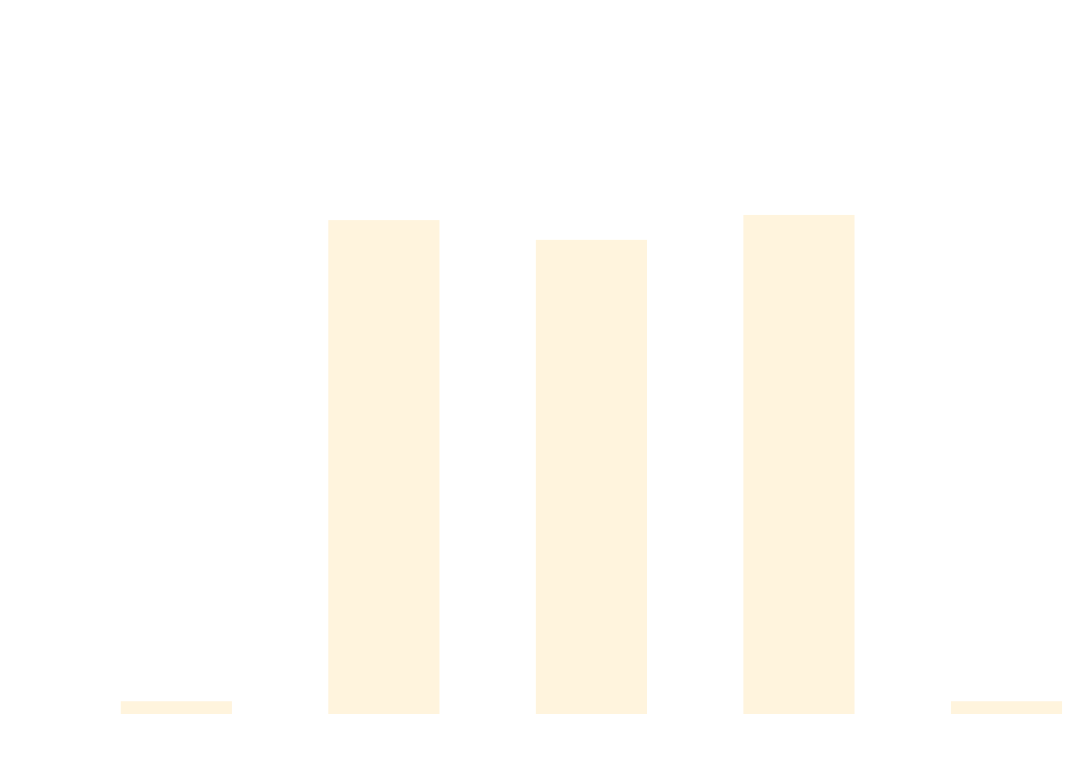
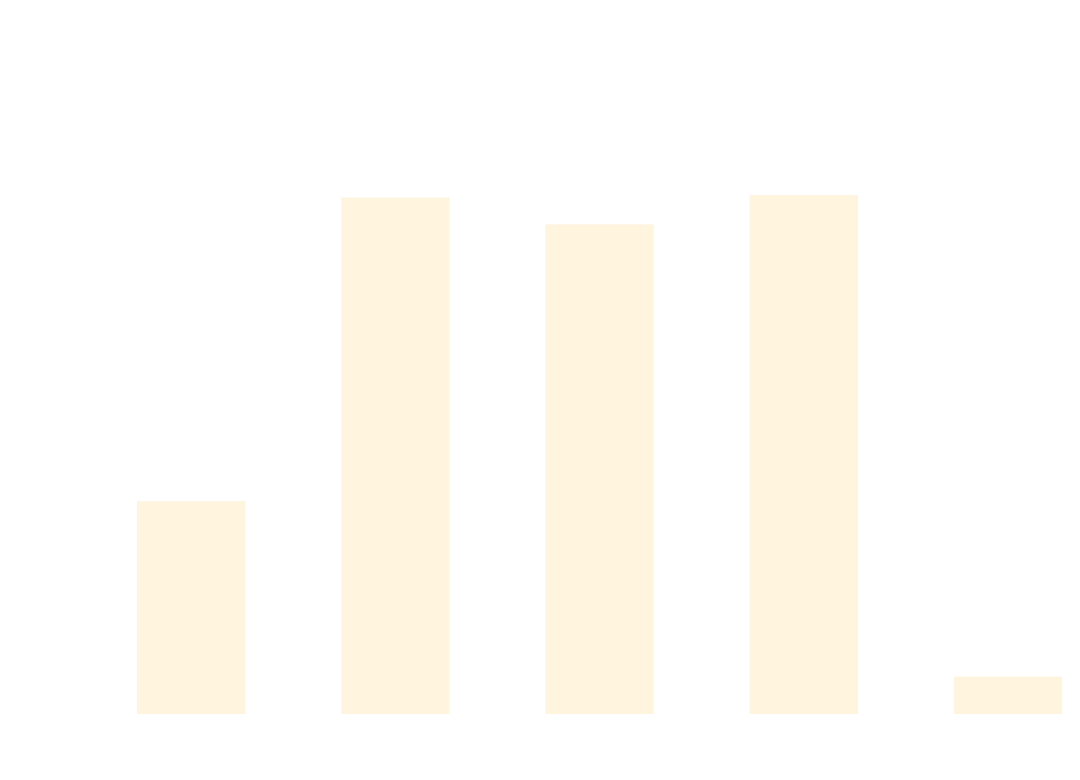
Before and after one commit to thomhurst/TUnit: the diagram in docs/docs/benchmarks/MatrixTests.md, drawn with Mermaid. The commit also changed other lines of this file and 16 other files, not shown here.

````diff
--- a/docs/docs/benchmarks/MatrixTests.md
+++ b/docs/docs/benchmarks/MatrixTests.md
@@ -27,37 +27,37 @@
 ```mermaid
 %%{init: {
   'theme':'base',
   'themeVariables': {
     'primaryColor': '#2563eb',
     'primaryTextColor': '#ffffff',
     'primaryBorderColor': '#1e40af',
     'lineColor': '#6b7280',
     'secondaryColor': '#7c3aed',
     'tertiaryColor': '#dc2626',
     'background': '#ffffff',
     'mainBkg': '#2563eb',
     'secondBkg': '#7c3aed',
     'tertiaryBkg': '#dc2626',
     'clusterBkg': '#f3f4f6',
     'edgeLabelBackground': '#ffffff',
     'tertiaryTextColor': '#1f2937',
     'pie1': '#2563eb',
     'pie2': '#7c3aed',
     'pie3': '#dc2626',
     'pie4': '#f59e0b',
     'pie5': '#10b981',
     'pie6': '#06b6d4',
     'pie7': '#ec4899',
     'pie8': '#6366f1',
     'pie9': '#84cc16',
     'pie10': '#f97316',
     'pie11': '#14b8a6',
     'pie12': '#a855f7'
   }
 }}%%
 xychart-beta
   title "MatrixTests Performance Comparison"
   x-axis ["TUnit", "NUnit", "MSTest", "xUnit3", "TUnit_AOT"]
-  y-axis "Time (ms)" 0 --> 2
-  bar [0, 1.584, 1.519, 1.601, 0]
+  y-axis "Time (ms)" 0 --> 1904
+  bar [627.14, 1578.67, 1494.79, 1586.18, 77.14]
 ```
````
